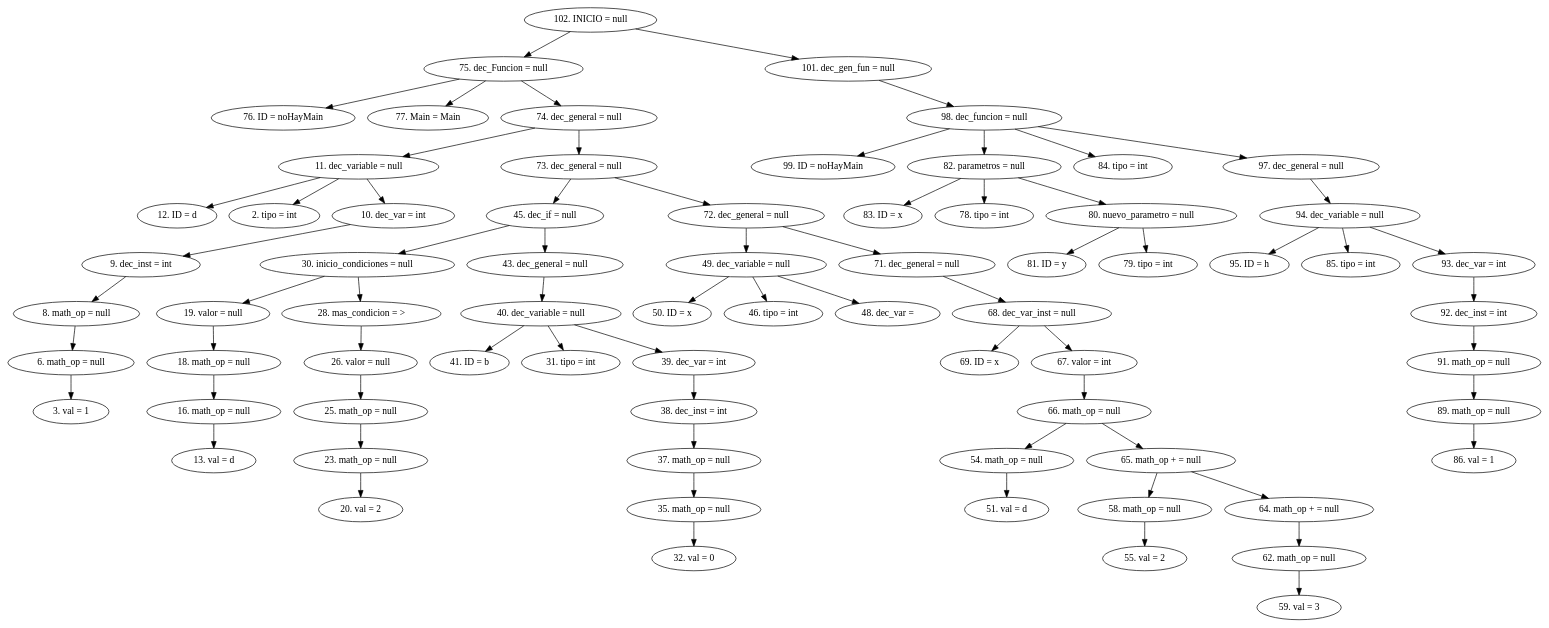
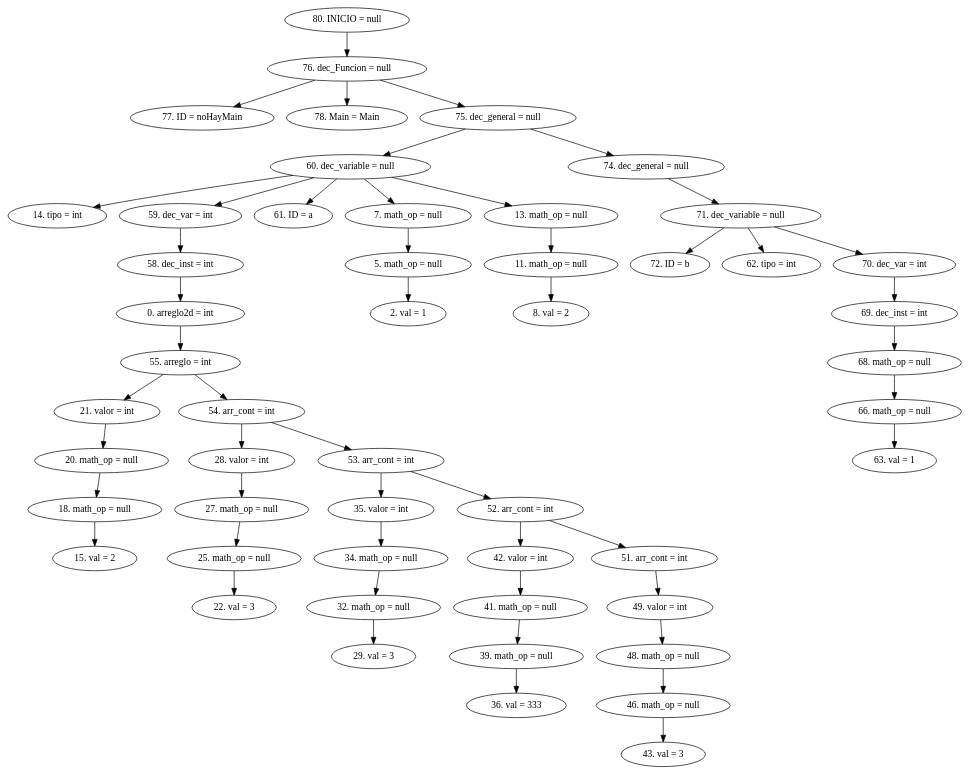
Before and after one commit to CarlosSosVos/NACHTs: the diagram in AST.dot, drawn with Graphviz. The commit also changed 10 other files, not shown here.

```diff
--- a/AST.dot
+++ b/AST.dot
@@ -1,74 +1,54 @@
 digraph G {
-"102. INICIO = null"->"75. dec_Funcion = null"
-"75. dec_Funcion = null"->"76. ID = noHayMain"
-"75. dec_Funcion = null"->"77. Main = Main"
-"75. dec_Funcion = null"->"74. dec_general = null"
-"74. dec_general = null"->"11. dec_variable = null"
-"11. dec_variable = null"->"12. ID = d"
-"11. dec_variable = null"->"2. tipo = int"
-"11. dec_variable = null"->"10. dec_var = int"
-"10. dec_var = int"->"9. dec_inst = int"
-"9. dec_inst = int"->"8. math_op = null"
-"8. math_op = null"->"6. math_op = null"
-"6. math_op = null"->"3. val = 1"
-"74. dec_general = null"->"73. dec_general = null"
-"73. dec_general = null"->"45. dec_if = null"
-"45. dec_if = null"->"30. inicio_condiciones = null"
-"30. inicio_condiciones = null"->"19. valor = null"
-"19. valor = null"->"18. math_op = null"
-"18. math_op = null"->"16. math_op = null"
-"16. math_op = null"->"13. val = d"
-"30. inicio_condiciones = null"->"28. mas_condicion = >"
-"28. mas_condicion = >"->"26. valor = null"
-"26. valor = null"->"25. math_op = null"
-"25. math_op = null"->"23. math_op = null"
-"23. math_op = null"->"20. val = 2"
-"45. dec_if = null"->"43. dec_general = null"
-"43. dec_general = null"->"40. dec_variable = null"
-"40. dec_variable = null"->"41. ID = b"
-"40. dec_variable = null"->"31. tipo = int"
-"40. dec_variable = null"->"39. dec_var = int"
-"39. dec_var = int"->"38. dec_inst = int"
-"38. dec_inst = int"->"37. math_op = null"
-"37. math_op = null"->"35. math_op = null"
-"35. math_op = null"->"32. val = 0"
-"73. dec_general = null"->"72. dec_general = null"
-"72. dec_general = null"->"49. dec_variable = null"
-"49. dec_variable = null"->"50. ID = x"
-"49. dec_variable = null"->"46. tipo = int"
-"49. dec_variable = null"->"48. dec_var = "
-"72. dec_general = null"->"71. dec_general = null"
-"71. dec_general = null"->"68. dec_var_inst = null"
-"68. dec_var_inst = null"->"69. ID = x"
-"68. dec_var_inst = null"->"67. valor = int"
-"67. valor = int"->"66. math_op = null"
-"66. math_op = null"->"54. math_op = null"
-"54. math_op = null"->"51. val = d"
-"66. math_op = null"->"65. math_op + = null"
-"65. math_op + = null"->"58. math_op = null"
-"58. math_op = null"->"55. val = 2"
-"65. math_op + = null"->"64. math_op + = null"
-"64. math_op + = null"->"62. math_op = null"
-"62. math_op = null"->"59. val = 3"
-"102. INICIO = null"->"101. dec_gen_fun = null"
-"101. dec_gen_fun = null"->"98. dec_funcion = null"
-"98. dec_funcion = null"->"99. ID = noHayMain"
-"98. dec_funcion = null"->"82. parametros = null"
-"82. parametros = null"->"83. ID = x"
-"82. parametros = null"->"78. tipo = int"
-"82. parametros = null"->"80. nuevo_parametro = null"
-"80. nuevo_parametro = null"->"81. ID = y"
-"80. nuevo_parametro = null"->"79. tipo = int"
-"98. dec_funcion = null"->"84. tipo = int"
-"98. dec_funcion = null"->"97. dec_general = null"
-"97. dec_general = null"->"94. dec_variable = null"
-"94. dec_variable = null"->"95. ID = h"
-"94. dec_variable = null"->"85. tipo = int"
-"94. dec_variable = null"->"93. dec_var = int"
-"93. dec_var = int"->"92. dec_inst = int"
-"92. dec_inst = int"->"91. math_op = null"
-"91. math_op = null"->"89. math_op = null"
-"89. math_op = null"->"86. val = 1"
+"80. INICIO = null"->"76. dec_Funcion = null"
+"76. dec_Funcion = null"->"77. ID = noHayMain"
+"76. dec_Funcion = null"->"78. Main = Main"
+"76. dec_Funcion = null"->"75. dec_general = null"
+"75. dec_general = null"->"60. dec_variable = null"
+"60. dec_variable = null"->"14. tipo = int"
+"60. dec_variable = null"->"59. dec_var = int"
+"59. dec_var = int"->"58. dec_inst = int"
+"58. dec_inst = int"->"0. arreglo2d = int"
+"0. arreglo2d = int"->"55. arreglo = int"
+"55. arreglo = int"->"21. valor = int"
+"21. valor = int"->"20. math_op = null"
+"20. math_op = null"->"18. math_op = null"
+"18. math_op = null"->"15. val = 2"
+"55. arreglo = int"->"54. arr_cont = int"
+"54. arr_cont = int"->"28. valor = int"
+"28. valor = int"->"27. math_op = null"
+"27. math_op = null"->"25. math_op = null"
+"25. math_op = null"->"22. val = 3"
+"54. arr_cont = int"->"53. arr_cont = int"
+"53. arr_cont = int"->"35. valor = int"
+"35. valor = int"->"34. math_op = null"
+"34. math_op = null"->"32. math_op = null"
+"32. math_op = null"->"29. val = 3"
+"53. arr_cont = int"->"52. arr_cont = int"
+"52. arr_cont = int"->"42. valor = int"
+"42. valor = int"->"41. math_op = null"
+"41. math_op = null"->"39. math_op = null"
+"39. math_op = null"->"36. val = 333"
+"52. arr_cont = int"->"51. arr_cont = int"
+"51. arr_cont = int"->"49. valor = int"
+"49. valor = int"->"48. math_op = null"
+"48. math_op = null"->"46. math_op = null"
+"46. math_op = null"->"43. val = 3"
+"60. dec_variable = null"->"61. ID = a"
+"60. dec_variable = null"->"7. math_op = null"
+"7. math_op = null"->"5. math_op = null"
+"5. math_op = null"->"2. val = 1"
+"60. dec_variable = null"->"13. math_op = null"
+"13. math_op = null"->"11. math_op = null"
+"11. math_op = null"->"8. val = 2"
+"75. dec_general = null"->"74. dec_general = null"
+"74. dec_general = null"->"71. dec_variable = null"
+"71. dec_variable = null"->"72. ID = b"
+"71. dec_variable = null"->"62. tipo = int"
+"71. dec_variable = null"->"70. dec_var = int"
+"70. dec_var = int"->"69. dec_inst = int"
+"69. dec_inst = int"->"68. math_op = null"
+"68. math_op = null"->"66. math_op = null"
+"66. math_op = null"->"63. val = 1"
 
 
 }
```
